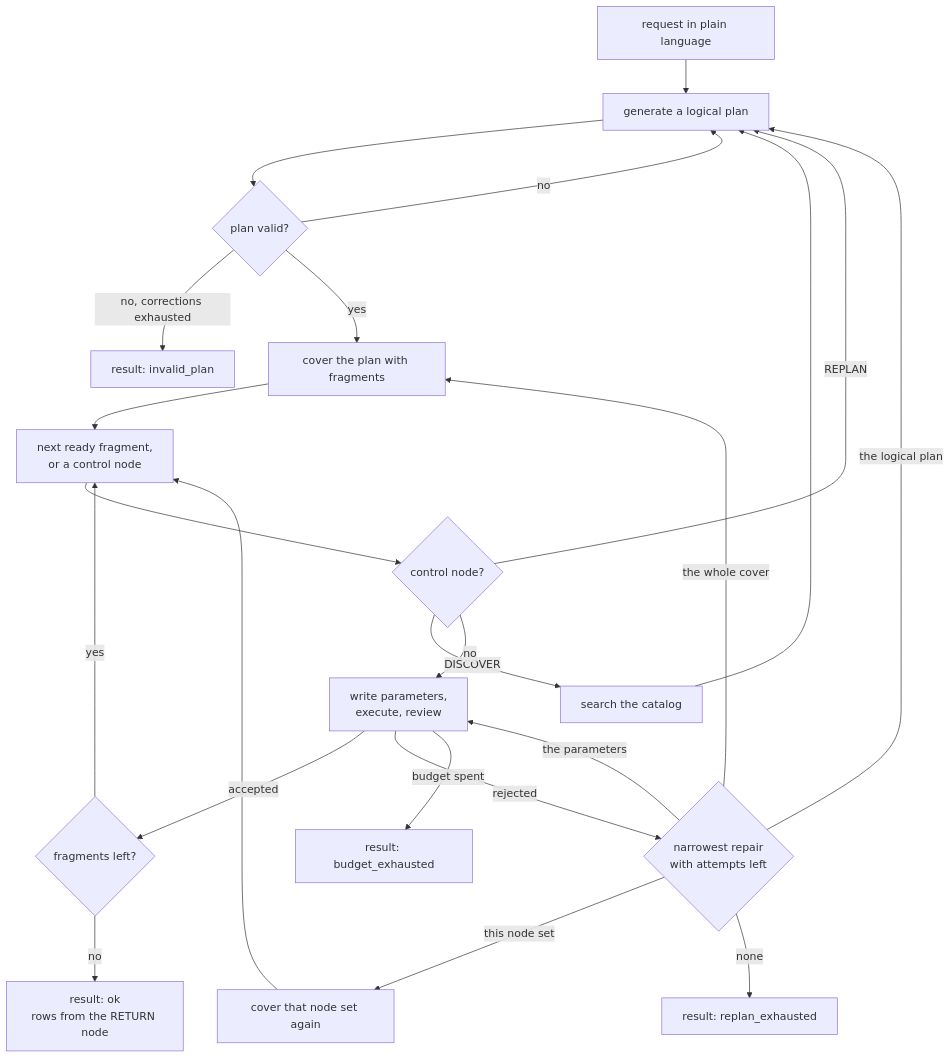
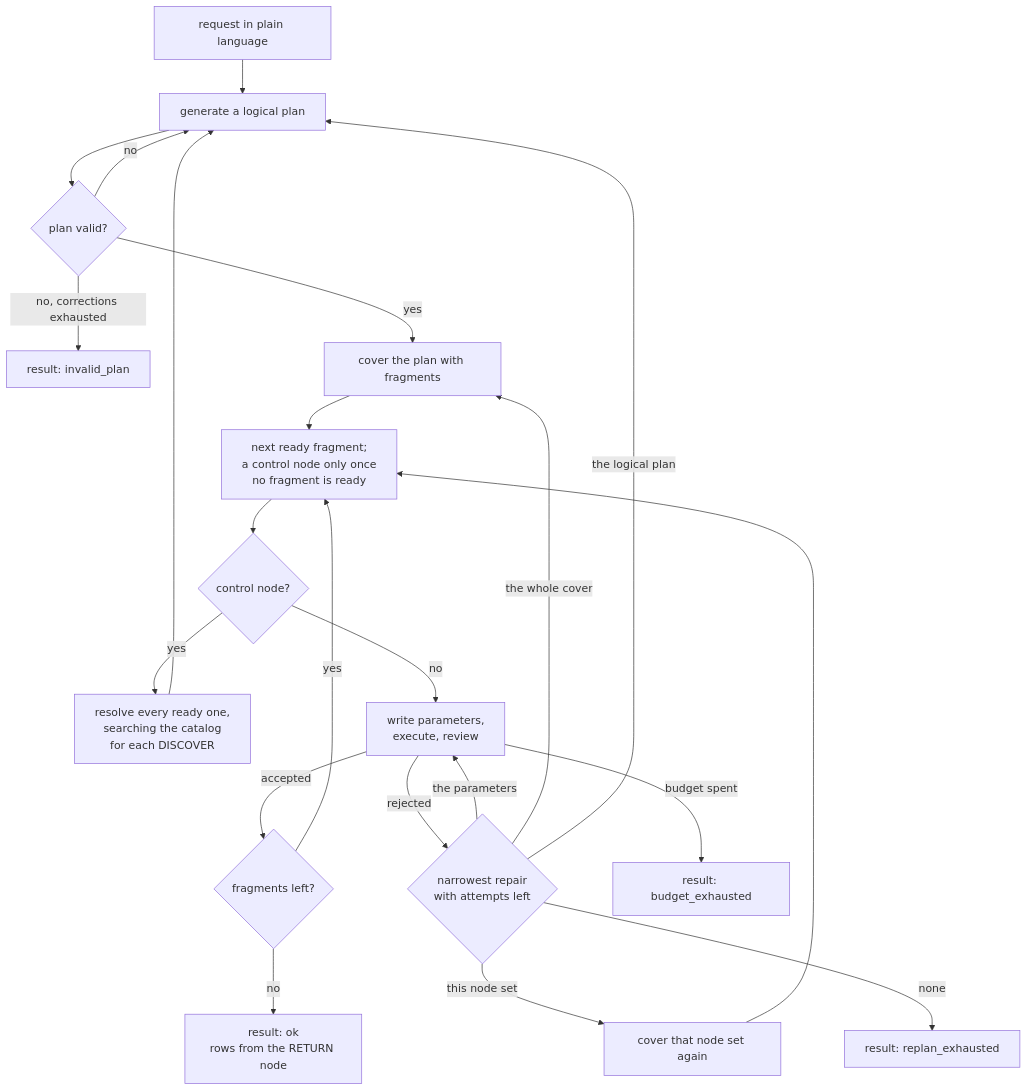
Before and after one commit to megagonlabs/blue-data-planner: the diagram in design/04-detailed-architecture.md, drawn with Mermaid. The commit also changed other lines of this file and 5 other files, not shown here.

````diff
--- a/design/04-detailed-architecture.md
+++ b/design/04-detailed-architecture.md
@@ -9,25 +9,24 @@
 ```mermaid
 flowchart TB
     REQ["request in plain language"] --> GEN["generate a logical plan"]
     GEN --> VAL{"plan valid?"}
     VAL -->|no| GEN
     VAL -->|"no, corrections exhausted"| FAILP["result: invalid_plan"]
     VAL -->|yes| COVER["cover the plan with fragments"]
-    COVER --> SCHED["next ready fragment,<br/>or a control node"]
+    COVER --> SCHED["next ready fragment;<br/>a control node only once<br/>no fragment is ready"]
     SCHED --> CTRL{"control node?"}
-    CTRL -->|DISCOVER| SEARCH["search the catalog"]
+    CTRL -->|yes| SEARCH["resolve every ready one,<br/>searching the catalog<br/>for each DISCOVER"]
     SEARCH --> GEN
-    CTRL -->|REPLAN| GEN
     CTRL -->|no| RUN["write parameters,<br/>execute, review"]
     RUN -->|accepted| MORE{"fragments left?"}
     MORE -->|yes| SCHED
     MORE -->|no| ANS["result: ok<br/>rows from the RETURN node"]
     RUN -->|rejected| REPAIR{"narrowest repair<br/>with attempts left"}
     REPAIR -->|"the parameters"| RUN
     REPAIR -->|"this node set"| RECOVER["cover that node set again"]
     RECOVER --> SCHED
     REPAIR -->|"the whole cover"| COVER
     REPAIR -->|"the logical plan"| GEN
     REPAIR -->|none| FAILG["result: replan_exhausted"]
     RUN -->|"budget spent"| FAILB["result: budget_exhausted"]
 ```
````
